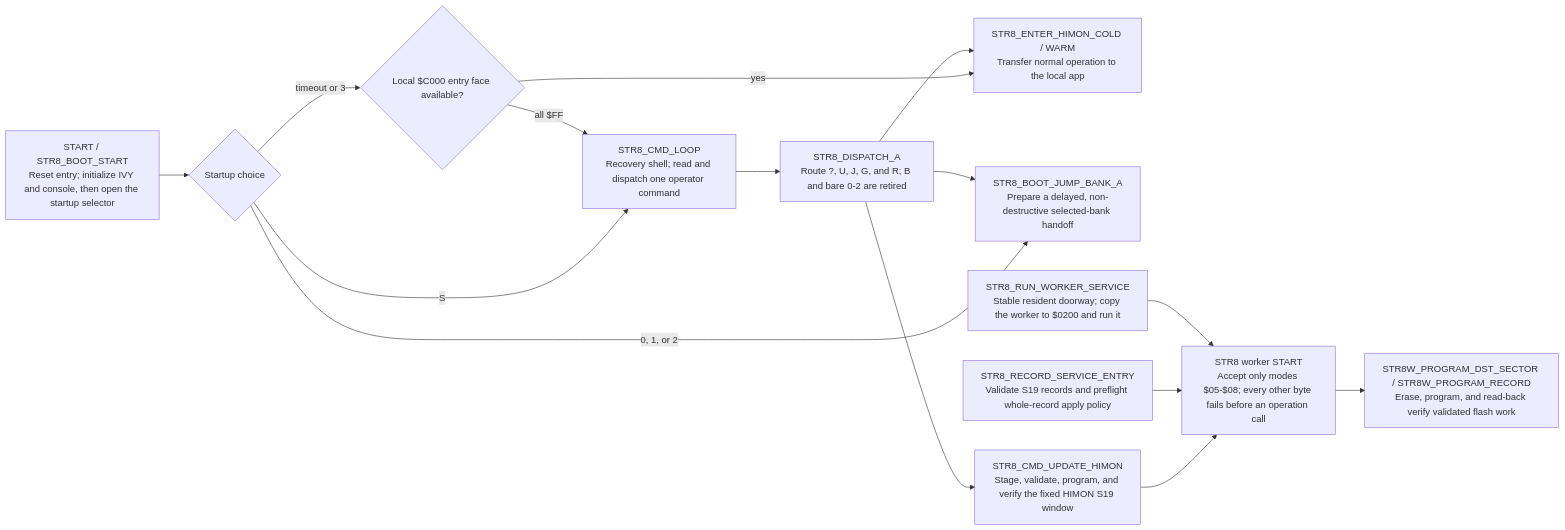
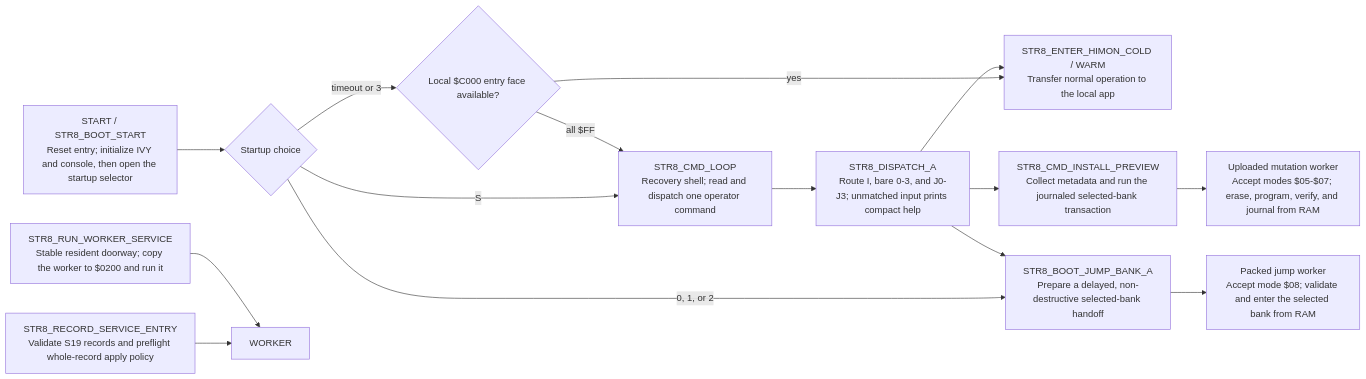
One commit to 95westus/R-YORS changed the first of 6 diagrams in DOC/GUIDES/STR8/STR8.md. Above: the diagram before and after it, drawn with Mermaid. The commit also changed other lines of this file and 29 other files, not shown here.

````diff
--- a/DOC/GUIDES/STR8/STR8.md
+++ b/DOC/GUIDES/STR8/STR8.md
@@ -56,20 +56,20 @@
 ```mermaid
 flowchart LR
     RESET["START / STR8_BOOT_START<br/>Reset entry; initialize IVY and console, then open the startup selector"] --> SELECT{"Startup choice"}
     SELECT -->|S| SHELL["STR8_CMD_LOOP<br/>Recovery shell; read and dispatch one operator command"]
     SELECT -->|timeout or 3| BOOTCHECK{"Local $C000 entry face available?"}
     BOOTCHECK -->|yes| HIMON["STR8_ENTER_HIMON_COLD / WARM<br/>Transfer normal operation to the local app"]
     BOOTCHECK -->|all $FF| SHELL
     SELECT -->|0, 1, or 2| JUMP["STR8_BOOT_JUMP_BANK_A<br/>Prepare a delayed, non-destructive selected-bank handoff"]
 
-    SHELL --> DISPATCH["STR8_DISPATCH_A<br/>Route ?, U, J, G, and R; B and bare 0-2 are retired"]
-    DISPATCH --> UPDATE["STR8_CMD_UPDATE_HIMON<br/>Stage, validate, program, and verify the fixed HIMON S19 window"]
+    SHELL --> DISPATCH["STR8_DISPATCH_A<br/>Route I, bare 0-3, and J0-J3; unmatched input prints compact help"]
+    DISPATCH --> INSTALL["STR8_CMD_INSTALL_PREVIEW<br/>Collect metadata and run the journaled selected-bank transaction"]
     DISPATCH --> JUMP
     DISPATCH --> HIMON
 
-    UPDATE --> WORKER["STR8 worker START<br/>Accept only modes $05-$08; every other byte fails before an operation call"]
-    WORKER --> FLASH["STR8W_PROGRAM_DST_SECTOR / STR8W_PROGRAM_RECORD<br/>Erase, program, and read-back verify validated flash work"]
+    INSTALL --> MUTATION["Uploaded mutation worker<br/>Accept modes $05-$07; erase, program, verify, and journal from RAM"]
+    JUMP --> JWORKER["Packed jump worker<br/>Accept mode $08; validate and enter the selected bank from RAM"]
 
     RECORD["STR8_RECORD_SERVICE_ENTRY<br/>Validate S19 records and preflight whole-record apply policy"] --> WORKER
     SERVICE["STR8_RUN_WORKER_SERVICE<br/>Stable resident doorway; copy the worker to $0200 and run it"] --> WORKER
 ```
````
